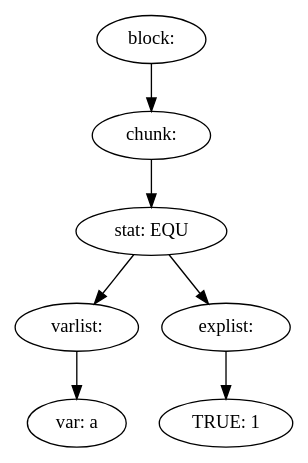
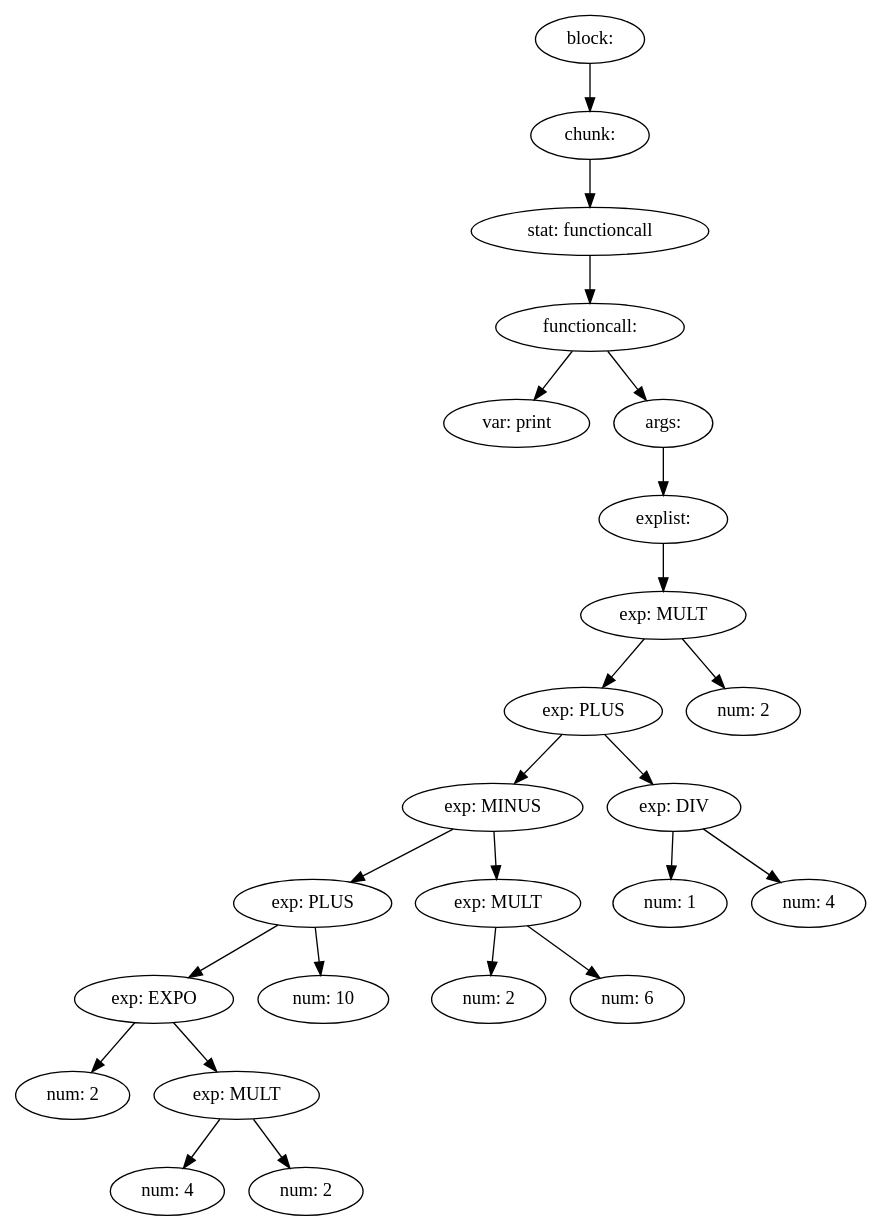
Before and after one commit to Inkaru/compiler: the diagram in ass1-int/source.md, drawn with Graphviz. The commit also changed 3 other files, not shown here.

````diff
--- a/ass1-int/source.md
+++ b/ass1-int/source.md
@@ -1,17 +1,51 @@
 ```graphviz
 digraph {
-6 [label="block: "];
-6 -> 5
-5 [label="chunk: "];
+23 [label="block: "];
+23 -> 22
+22 [label="chunk: "];
+22 -> 21
+21 [label="stat: functioncall"];
+21 -> 20
+20 [label="functioncall: "];
+20 -> 0
+20 -> 19
+0 [label="var: print"];
+19 [label="args: "];
+19 -> 18
+18 [label="explist: "];
+18 -> 17
+17 [label="exp: MULT"];
+17 -> 15
+17 -> 16
+15 [label="exp: PLUS"];
+15 -> 11
+15 -> 14
+11 [label="exp: MINUS"];
+11 -> 7
+11 -> 10
+7 [label="exp: PLUS"];
+7 -> 5
+7 -> 6
+5 [label="exp: EXPO"];
+5 -> 1
 5 -> 4
-4 [label="stat: EQU"];
-4 -> 1
+1 [label="num: 2"];
+4 [label="exp: MULT"];
+4 -> 2
 4 -> 3
-1 [label="varlist: "];
-1 -> 0
-0 [label="var: a"];
-3 [label="explist: "];
-3 -> 2
-2 [label="TRUE: 1"];
+2 [label="num: 4"];
+3 [label="num: 2"];
+6 [label="num: 10"];
+10 [label="exp: MULT"];
+10 -> 8
+10 -> 9
+8 [label="num: 2"];
+9 [label="num: 6"];
+14 [label="exp: DIV"];
+14 -> 12
+14 -> 13
+12 [label="num: 1"];
+13 [label="num: 4"];
+16 [label="num: 2"];
 }
 ```
````
